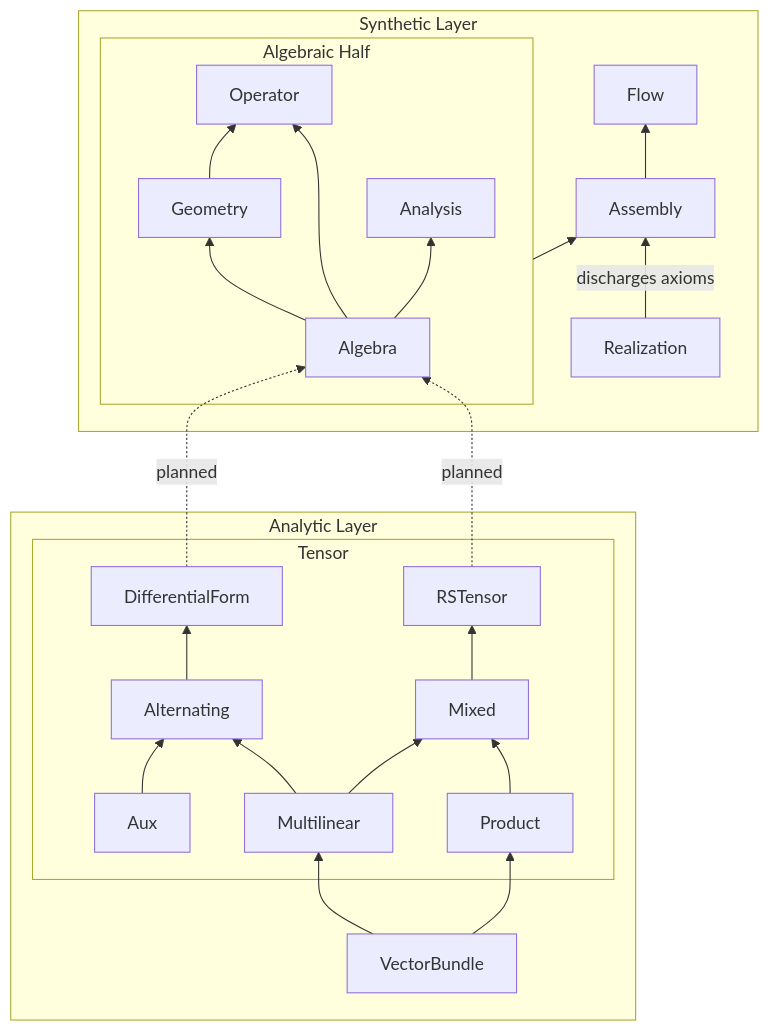
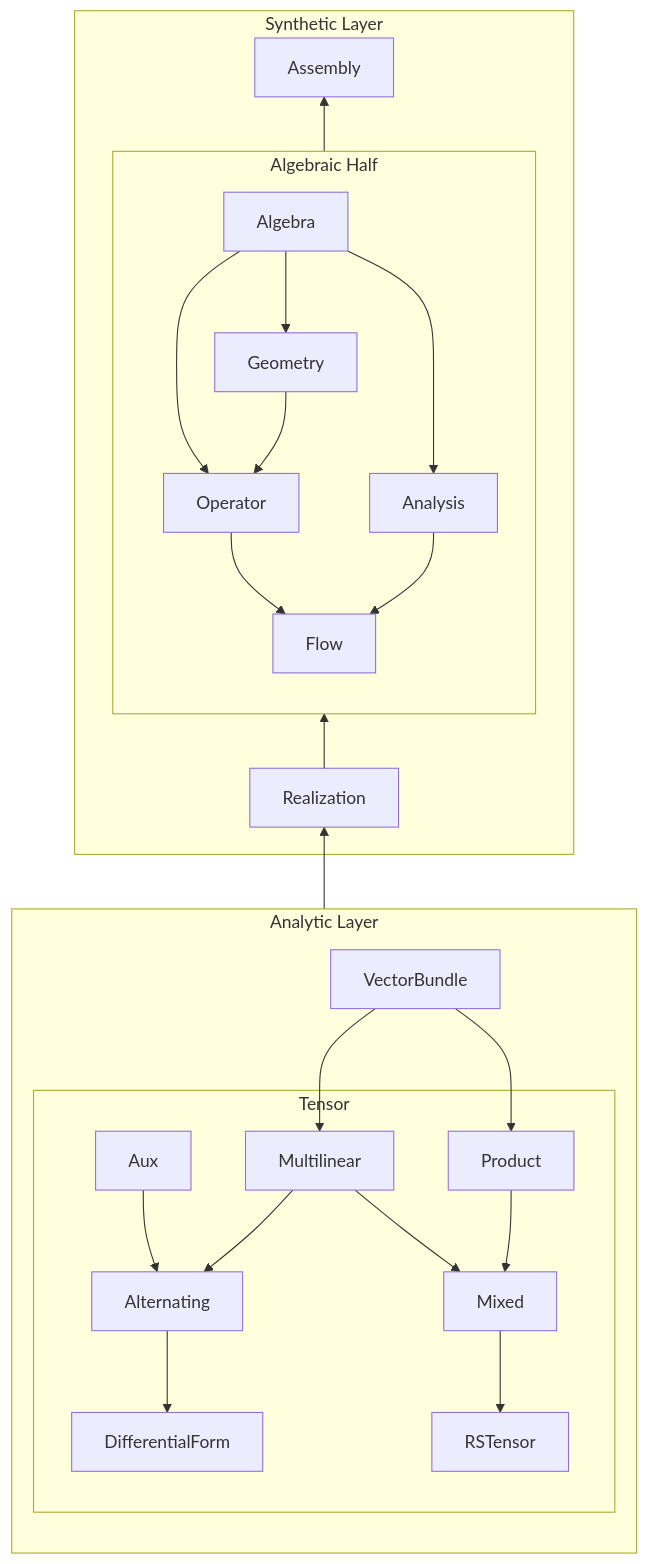
Before and after one commit to liao9yuan/differential-geometry: the diagram in README.md, drawn with Mermaid. The commit also changed 1 other file, not shown here.

Commit message:
update mermaid graph

````diff
--- a/README.md
+++ b/README.md
@@ -7,52 +7,51 @@
 ```mermaid
 flowchart BT
     subgraph AnalyticLayer [Analytic Layer]
         DirVB[VectorBundle]
 
         subgraph Tensor [Tensor]
             DirAux[Aux]
             DirMultilinear[Multilinear]
             DirProduct[Product]
             DirMixed[Mixed]
             DirAlt[Alternating]
             DirDiffForm[DifferentialForm]
             DirRSB[RSTensor]
 
             DirAux --> DirAlt
             DirMultilinear --> DirAlt
             DirMultilinear --> DirMixed
             DirProduct --> DirMixed
             DirAlt --> DirDiffForm
             DirMixed --> DirRSB
         end
 
         DirVB --> DirMultilinear
         DirVB --> DirProduct
     end
 
     subgraph SyntheticLayer [Synthetic Layer]
         subgraph AlgHalf ["Algebraic Half"]
             DirAlg[Algebra]
             DirGeom[Geometry]
-            DirOperators[Operator]
-            DirAnalysis[Analysis]
+            DirOp[Operator]
+            DirAna[Analysis]
+            DirFlow[Flow]
 
             DirAlg --> DirGeom
-            DirAlg --> DirOperators
-            DirGeom --> DirOperators
-            DirAlg --> DirAnalysis
+            DirAlg --> DirOp
+            DirGeom --> DirOp
+            DirAlg --> DirAna
+            DirOp --> DirFlow
+            DirAna --> DirFlow
         end
 
         DirAsm[Assembly]
         AlgHalf --> DirAsm
 
         DirReal[Realization]
-        DirReal -->|"discharges axioms"| DirAsm
-
-        DirFlow[Flow]
-        DirAsm --> DirFlow
     end
 
-    DirRSB -.->|planned| DirAlg
-    DirDiffForm -.->|planned| DirAlg
+    AnalyticLayer --> DirReal
+    DirReal --> AlgHalf
 ```
````
